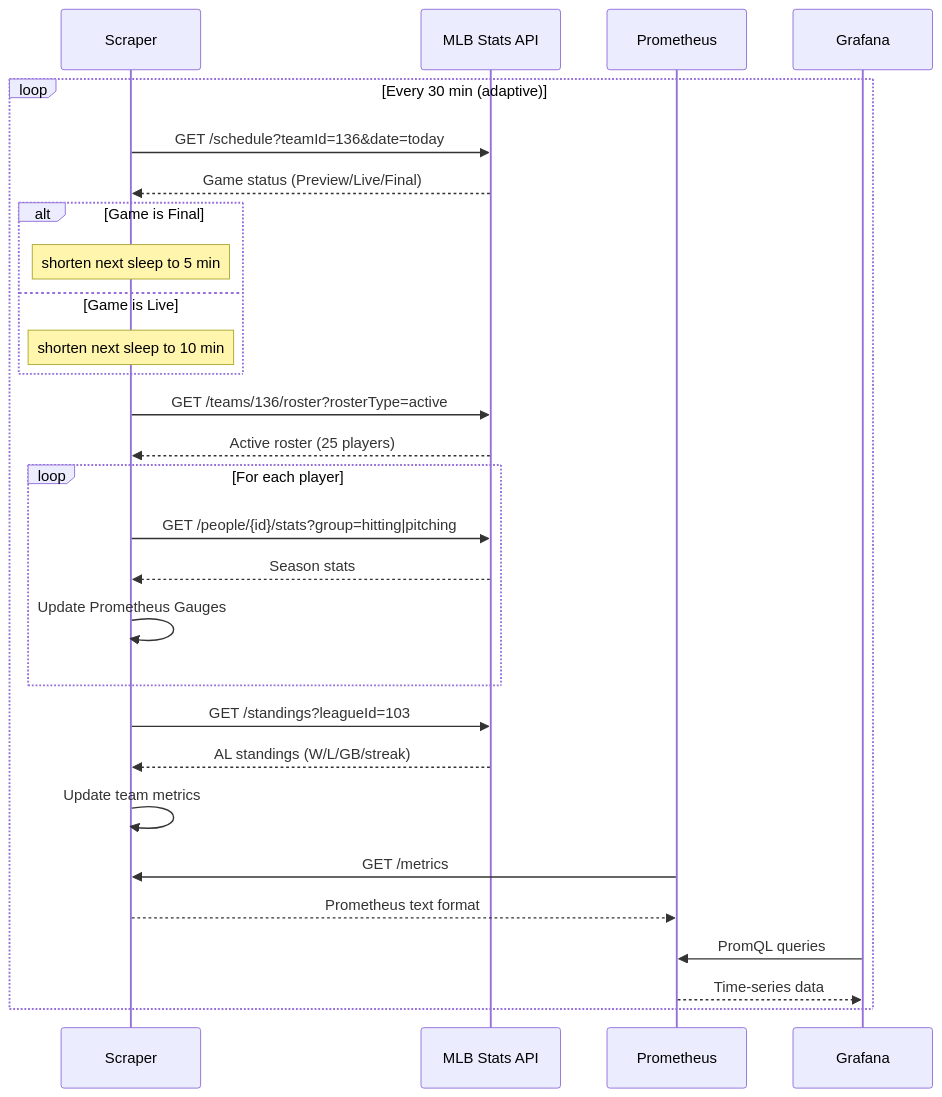
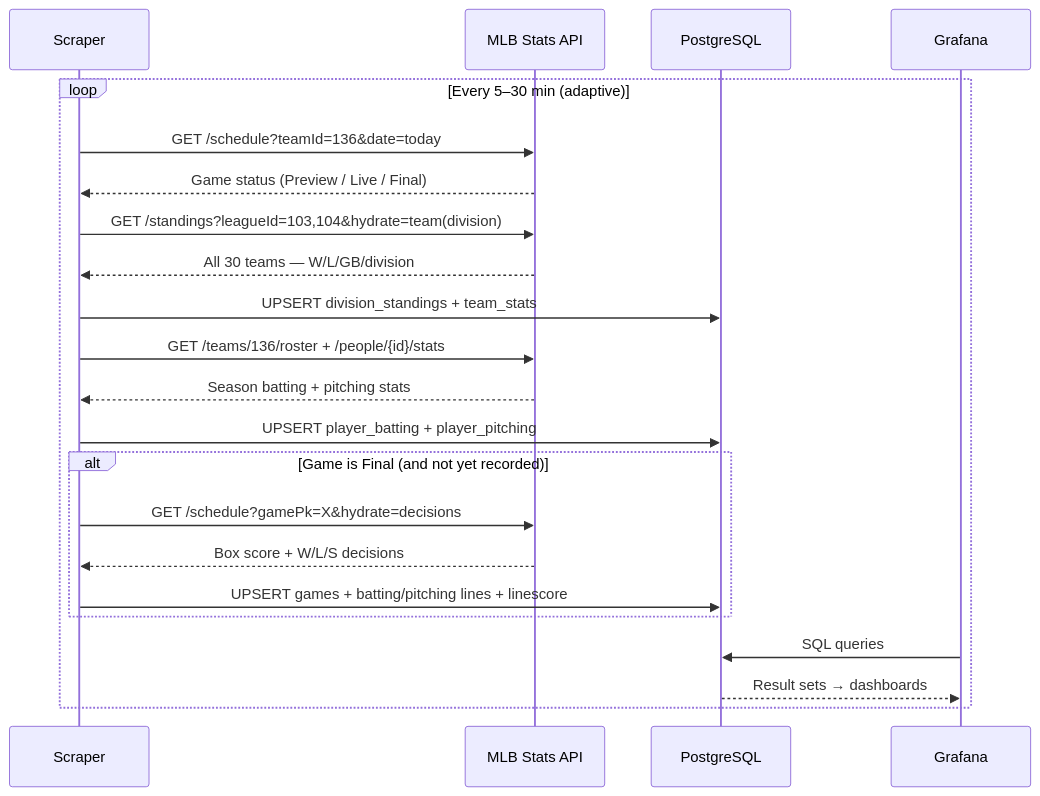
The second of 2 diagrams in mlb_stats_tracker/README.md (enriquebrosericus/claudeFun), drawn with Mermaid before and after one commit. The commit also changed other lines of this file, not shown here.

First line of the commit message:
Update MLB README: reflect PostgreSQL migration and current feature set

````diff
--- a/mlb_stats_tracker/README.md
+++ b/mlb_stats_tracker/README.md
@@ -54,36 +55,29 @@
 ```mermaid
 sequenceDiagram
     participant S as Scraper
     participant MLB as MLB Stats API
-    participant P as Prometheus
+    participant PG as PostgreSQL
     participant G as Grafana
 
-    loop Every 30 min (adaptive)
+    loop Every 5–30 min (adaptive)
         S->>MLB: GET /schedule?teamId=136&date=today
-        MLB-->>S: Game status (Preview/Live/Final)
+        MLB-->>S: Game status (Preview / Live / Final)
 
-        alt Game is Final
-            Note over S: shorten next sleep to 5 min
-        else Game is Live
-            Note over S: shorten next sleep to 10 min
+        S->>MLB: GET /standings?leagueId=103,104&hydrate=team(division)
+        MLB-->>S: All 30 teams — W/L/GB/division
+        S->>PG: UPSERT division_standings + team_stats
+
+        S->>MLB: GET /teams/136/roster + /people/{id}/stats
+        MLB-->>S: Season batting + pitching stats
+        S->>PG: UPSERT player_batting + player_pitching
+
+        alt Game is Final (and not yet recorded)
+            S->>MLB: GET /schedule?gamePk=X&hydrate=decisions
+            MLB-->>S: Box score + W/L/S decisions
+            S->>PG: UPSERT games + batting/pitching lines + linescore
         end
 
-        S->>MLB: GET /teams/136/roster?rosterType=active
-        MLB-->>S: Active roster (25 players)
-
-        loop For each player
-            S->>MLB: GET /people/{id}/stats?group=hitting|pitching
-            MLB-->>S: Season stats
-            S->>S: Update Prometheus Gauges
-        end
-
-        S->>MLB: GET /standings?leagueId=103
-        MLB-->>S: AL standings (W/L/GB/streak)
-        S->>S: Update team metrics
-
-        P->>S: GET /metrics
-        S-->>P: Prometheus text format
-        G->>P: PromQL queries
-        P-->>G: Time-series data
+        G->>PG: SQL queries
+        PG-->>G: Result sets → dashboards
     end
 ```
````
